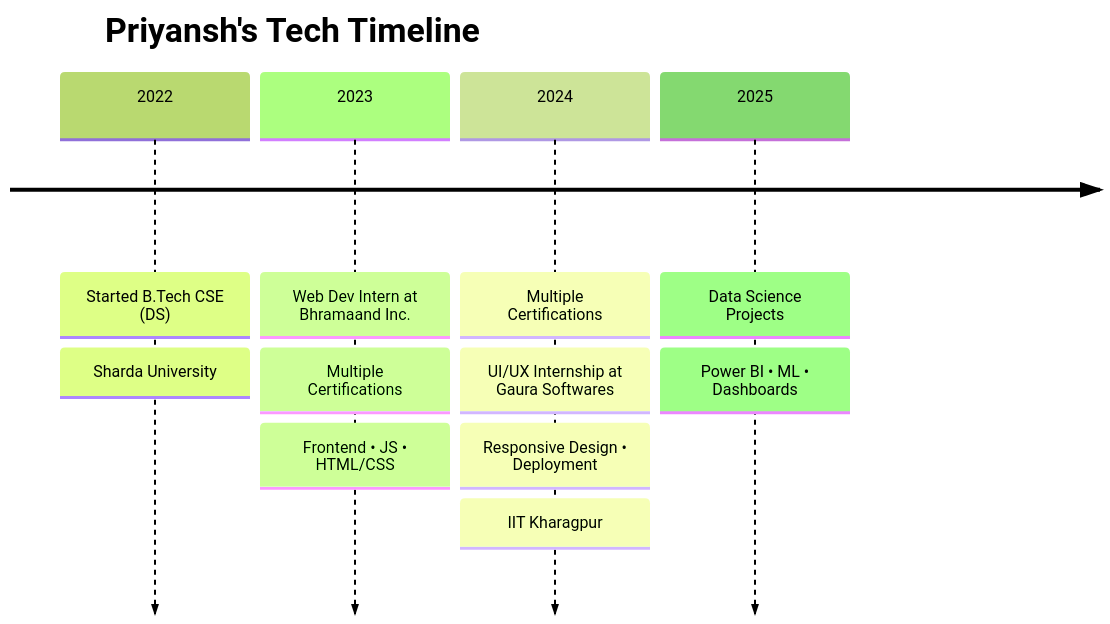
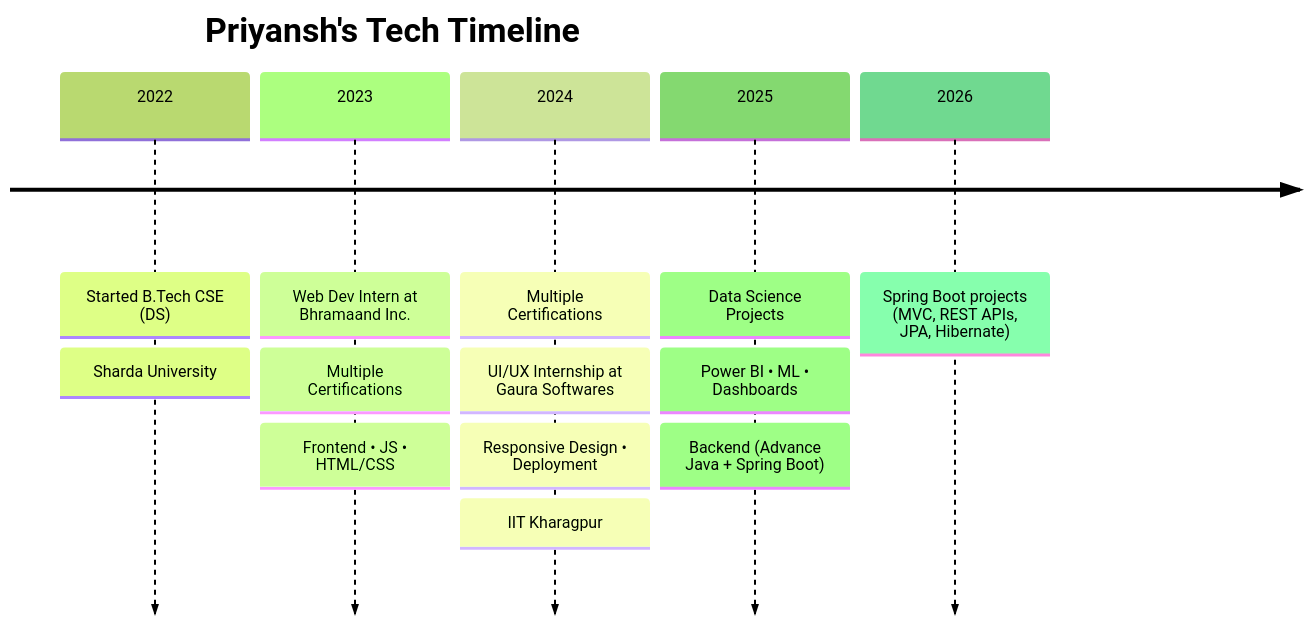
Before and after one commit to p-singhal-0011/p-singhal-0011: the diagram in README.md, drawn with Mermaid (forest theme).

Commit message:
Add backend technologies for 2025 and 2026 projects

````diff
--- a/README.md
+++ b/README.md
@@ -144,19 +144,23 @@
 ```mermaid
 timeline
     title Priyansh's Tech Timeline
 
     2022 : Started B.Tech CSE (DS)
          : Sharda University
 
     2023 : Web Dev Intern at Bhramaand Inc.
          : Multiple Certifications
          : Frontend • JS • HTML/CSS
 
     2024 : Multiple Certifications
          : UI/UX Internship at Gaura Softwares
          : Responsive Design • Deployment
          : IIT Kharagpur
 
     2025 : Data Science Projects
          : Power BI • ML • Dashboards
+         : Backend (Advance Java + Spring Boot)
+
+    2026 : Spring Boot projects (MVC, REST APIs, JPA, Hibernate)
+
 ```
````
